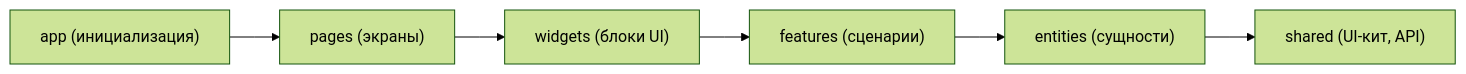
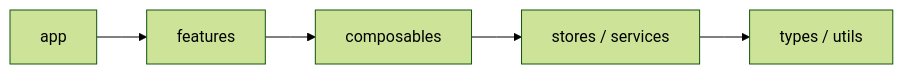
Before and after one commit to nagisokyn-prog/WorldWiki: the second of 3 diagrams in docs/coursework/03_Проектно_конструкторская_часть/3.4_Разработка_архитектуры_приложения.md, drawn with Mermaid (forest theme). The commit also changed other lines of this file and 7 other files, not shown here.

````diff
--- a/docs/coursework/03_Проектно_конструкторская_часть/3.4_Разработка_архитектуры_приложения.md
+++ b/docs/coursework/03_Проектно_конструкторская_часть/3.4_Разработка_архитектуры_приложения.md
@@ -80,5 +89,5 @@
 ```mermaid
 %%{init: {'flowchart': {'curve': 'stepAfter'}}}%%
 flowchart LR
-    APP_L["app (инициализация)"] --> PAGES["pages (экраны)"] --> WIDGETS["widgets (блоки UI)"] --> FEATURES["features (сценарии)"] --> ENTITIES["entities (сущности)"] --> SHARED["shared (UI-кит, API)"]
+    APP_L["app"] --> FEATURES["features"] --> COMPOSABLES["composables"] --> STORES["stores / services"] --> TYPES["types / utils"]
 ```
````
